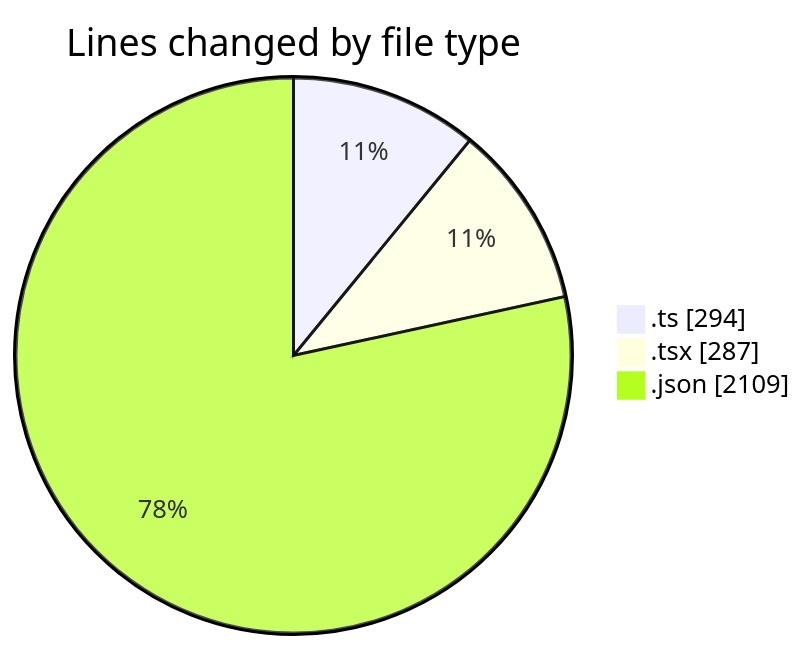
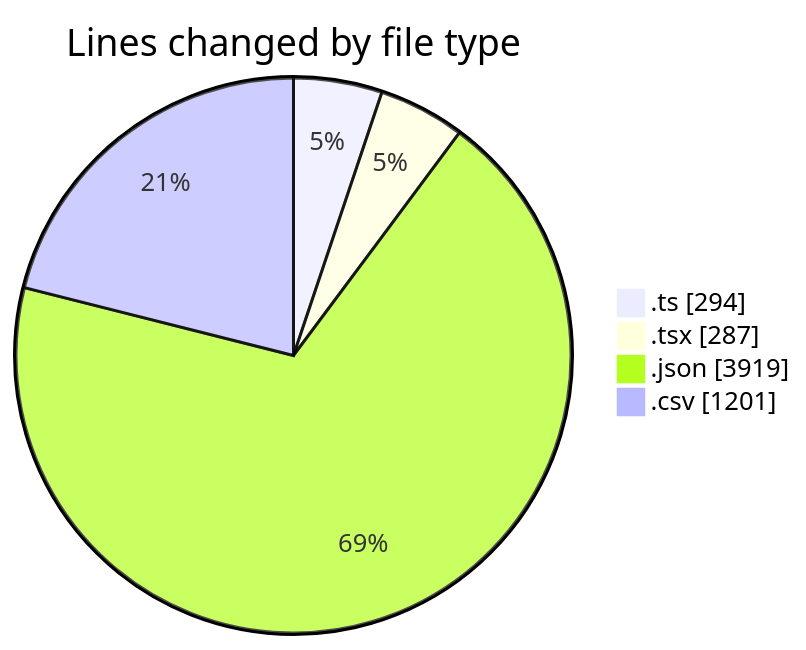
Before and after one commit to julien-gomy/code-tracking: the first of 2 diagrams in 2025-11-13/eventscop-frontend-guide__workspace_/README.md, drawn with Mermaid. The commit also changed other lines of this file and 1 other file, not shown here.

````diff
--- a/2025-11-13/eventscop-frontend-guide__workspace_/README.md
+++ b/2025-11-13/eventscop-frontend-guide__workspace_/README.md
@@ -26,7 +28,8 @@
 ```mermaid
 pie showData
 title Lines changed by file type
 ".ts" : 294
 ".tsx" : 287
-".json" : 2109
+".json" : 3919
+".csv" : 1201
 ```
````
